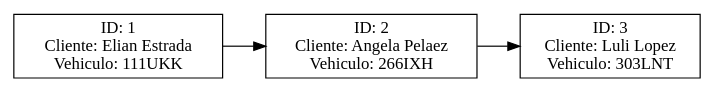
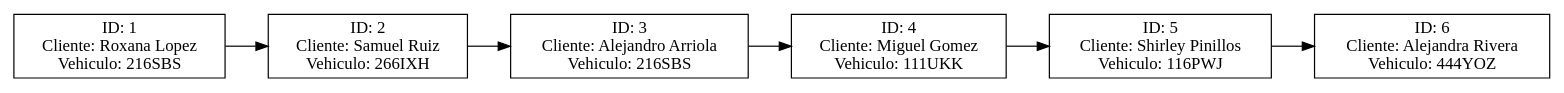
One commit to miguel-tubac/EDD_Proyecto2_202101927 changed the diagram in Reportes/Viajes_General.dot. Above: the diagram before and after it, drawn with Graphviz. The commit also changed 8 other files, not shown here.

```diff
--- a/Reportes/Viajes_General.dot
+++ b/Reportes/Viajes_General.dot
@@ -1,9 +1,15 @@
 digraph ListaEnlazada {
     rankdir=LR;
     node [shape=record];
-    node0 [label="ID: 1\nCliente:  Elian  Estrada\nVehiculo: 111UKK"];
-    node1 [label="ID: 2\nCliente:  Angela  Pelaez\nVehiculo: 266IXH"];
-    node2 [label="ID: 3\nCliente:  Luli  Lopez\nVehiculo: 303LNT"];
+    node0 [label="ID: 1\nCliente:  Roxana  Lopez\nVehiculo: 216SBS"];
+    node1 [label="ID: 2\nCliente:  Samuel  Ruiz\nVehiculo: 266IXH"];
+    node2 [label="ID: 3\nCliente:  Alejandro  Arriola\nVehiculo: 216SBS"];
+    node3 [label="ID: 4\nCliente:  Miguel  Gomez\nVehiculo: 111UKK"];
+    node4 [label="ID: 5\nCliente:  Shirley  Pinillos\nVehiculo: 116PWJ"];
+    node5 [label="ID: 6\nCliente:  Alejandra  Rivera\nVehiculo: 444YOZ"];
     node0 -> node1;
     node1 -> node2;
+    node2 -> node3;
+    node3 -> node4;
+    node4 -> node5;
 }
```
